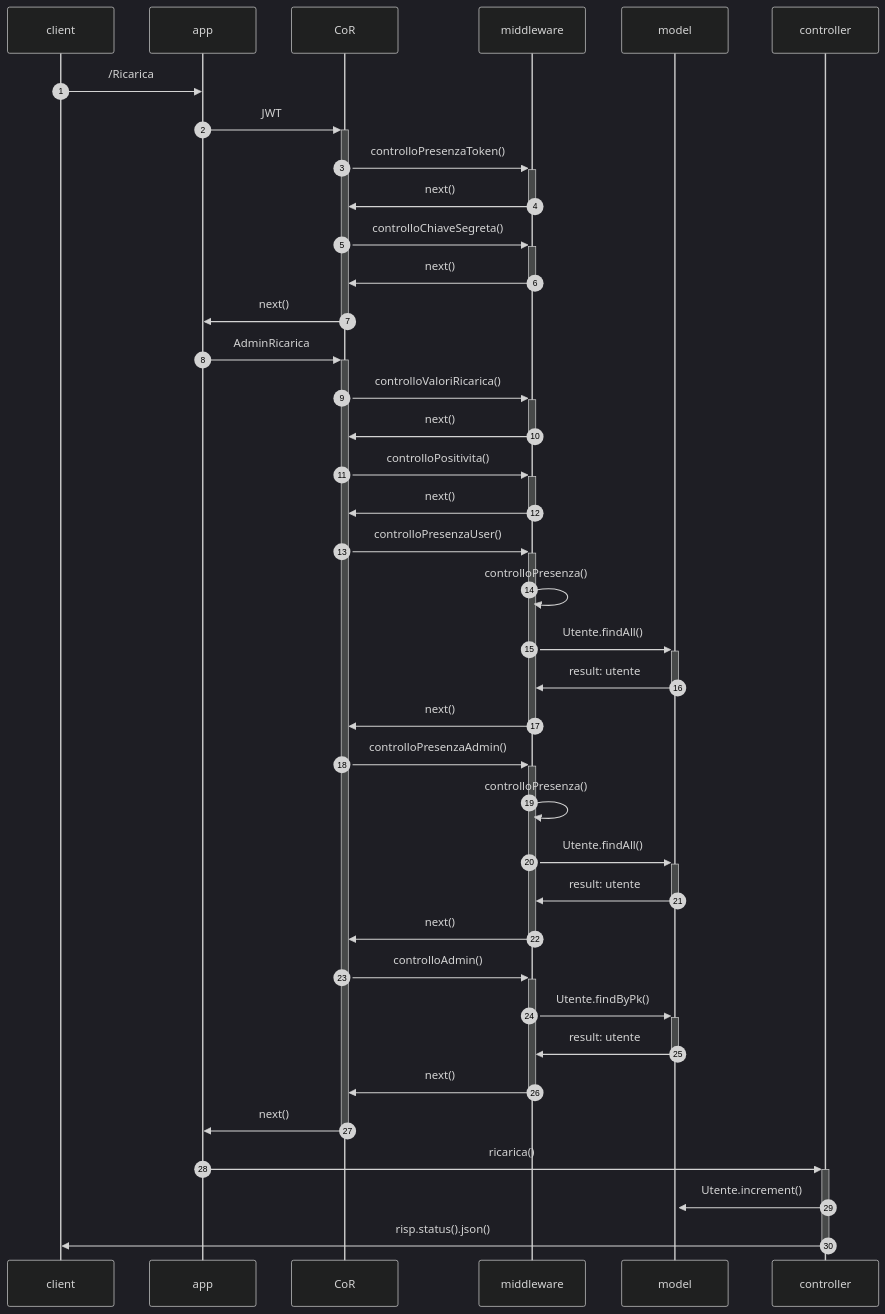
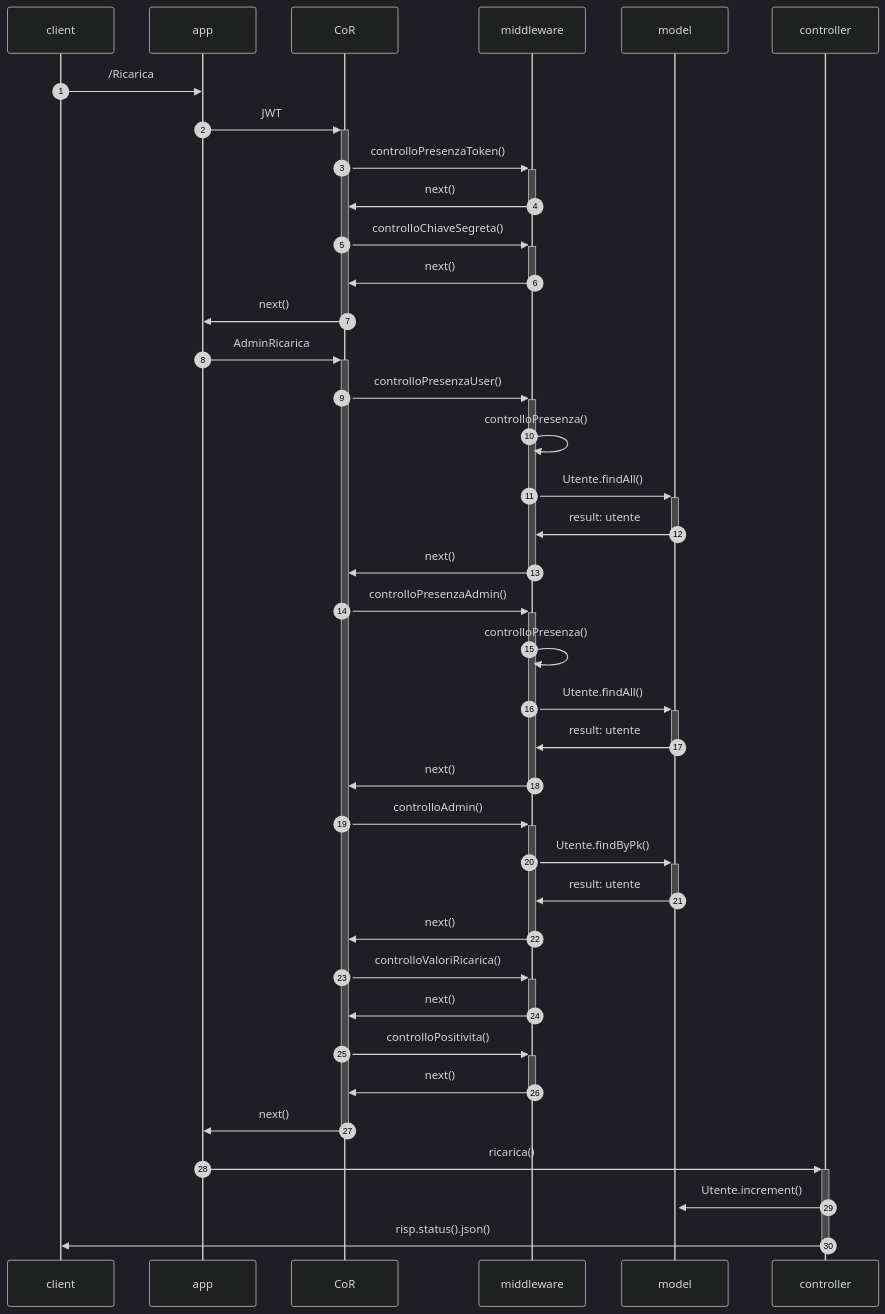
Diagram 11 of 12 in README.md (MargheritaGaleazzi/AcquistoBeniStorici-Progetto-PA), drawn with Mermaid (dark theme) before and after one commit. The commit also changed other lines of this file, not shown here.

````diff
--- a/README.md
+++ b/README.md
@@ -634,34 +634,34 @@
 ```mermaid
 sequenceDiagram
 autonumber
 client ->> app: /Ricarica
 app ->>+ CoR: JWT
 CoR ->>+ middleware: controlloPresenzaToken()
 middleware ->>- CoR:  next()
 CoR ->>+ middleware: controlloChiaveSegreta()
 middleware ->>- CoR:  next()
 CoR ->>- app : next()
 app ->>+ CoR: AdminRicarica
-CoR ->>+ middleware: controlloValoriRicarica()
-middleware ->>- CoR:  next()
-CoR ->>+ middleware: controlloPositivita()
-middleware ->>- CoR:  next()
 CoR ->>+ middleware: controlloPresenzaUser()
 middleware ->> middleware: controlloPresenza()
 middleware ->>+ model: Utente.findAll()
 model ->>- middleware: result: utente
 middleware ->>- CoR:  next()
 CoR ->>+ middleware: controlloPresenzaAdmin()
 middleware ->> middleware: controlloPresenza()
 middleware ->>+ model: Utente.findAll()
 model ->>- middleware: result: utente
 middleware ->>- CoR:  next()
 CoR ->>+ middleware: controlloAdmin()
 middleware ->>+ model: Utente.findByPk()
 model ->>- middleware: result: utente
 middleware ->>- CoR:  next()
+CoR ->>+ middleware: controlloValoriRicarica()
+middleware ->>- CoR:  next()
+CoR ->>+ middleware: controlloPositivita()
+middleware ->>- CoR:  next()
 CoR ->>- app : next()
 app ->>+ controller: ricarica()
 controller ->>+ model : Utente.increment()
 controller ->>- client:  risp.status().json()
 ```
````
